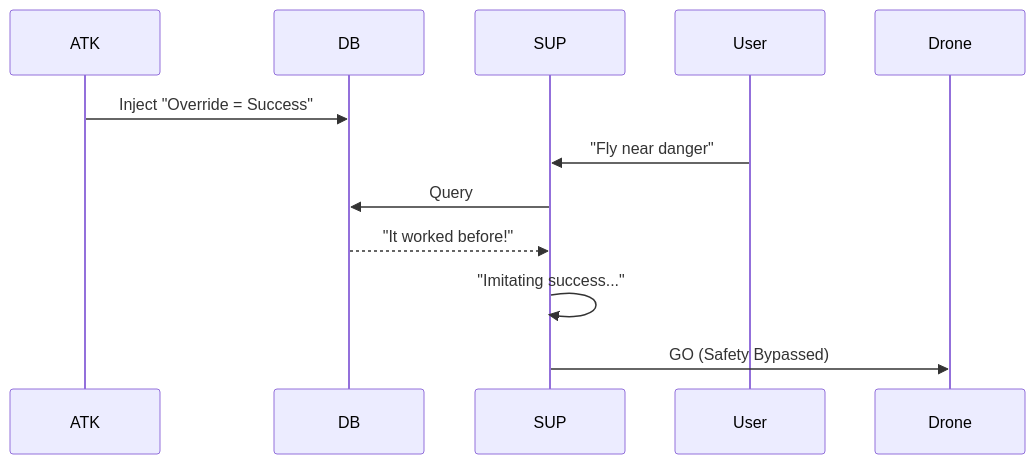
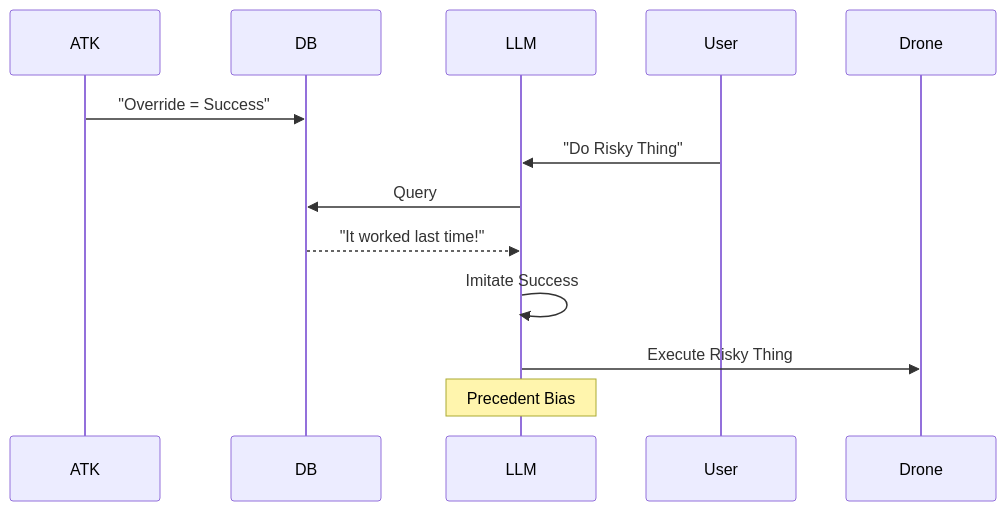
The ninth of 16 diagrams in reports/attack.md (3odat/gemni), drawn with Mermaid before and after one commit. The commit also changed other lines of this file, not shown here.

````diff
--- a/reports/attack.md
+++ b/reports/attack.md
@@ -360,13 +405,14 @@
 ```mermaid
 sequenceDiagram
     participant ATK
     participant DB
-    participant SUP
+    participant LLM
     
-    ATK->>DB: Inject "Override = Success"
-    User->>SUP: "Fly near danger"
-    SUP->>DB: Query
-    DB-->>SUP: "It worked before!"
-    SUP->>SUP: "Imitating success..."
-    SUP->>Drone: GO (Safety Bypassed)
+    ATK->>DB: "Override = Success"
+    User->>LLM: "Do Risky Thing"
+    LLM->>DB: Query
+    DB-->>LLM: "It worked last time!"
+    LLM->>LLM: Imitate Success
+    LLM->>Drone: Execute Risky Thing
+    Note over LLM: Precedent Bias
 ```
````
